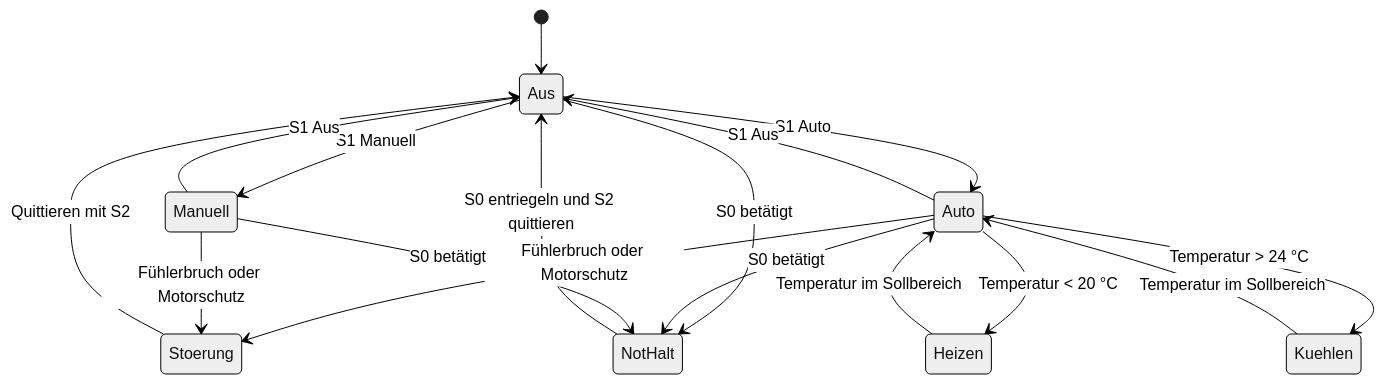
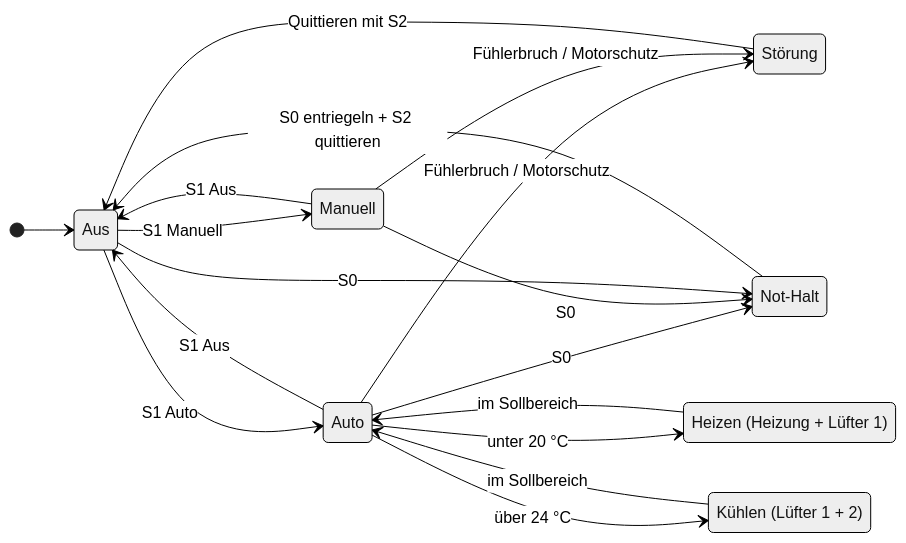
One commit to hugcolli/Projekt-2-SmartGrow-Gewaechshaus changed the diagram in README.md. Above: the diagram before and after it, drawn with Mermaid (neutral theme). The commit also changed other lines of this file, not shown here.

First line of the commit message:
README überarbeitet: Funktionsweise, Sicherheit, Komponenten und I/O-Liste

````diff
--- a/README.md
+++ b/README.md
@@ -21,19 +88,27 @@
 ```mermaid
 stateDiagram-v2
+    direction LR
     [*] --> Aus
     Aus --> Manuell: S1 Manuell
     Aus --> Auto: S1 Auto
     Manuell --> Aus: S1 Aus
     Auto --> Aus: S1 Aus
-    Auto --> Heizen: Temperatur < 20 °C
-    Auto --> Kuehlen: Temperatur > 24 °C
-    Heizen --> Auto: Temperatur im Sollbereich
-    Kuehlen --> Auto: Temperatur im Sollbereich
-    Auto --> Stoerung: Fühlerbruch oder Motorschutz
-    Manuell --> Stoerung: Fühlerbruch oder Motorschutz
-    Stoerung --> Aus: Quittieren mit S2
-    Aus --> NotHalt: S0 betätigt
-    Auto --> NotHalt: S0 betätigt
-    Manuell --> NotHalt: S0 betätigt
-    NotHalt --> Aus: S0 entriegeln und S2 quittieren
+
+    Auto --> Heizen: unter 20 °C
+    Heizen --> Auto: im Sollbereich
+    Auto --> Kühlen: über 24 °C
+    Kühlen --> Auto: im Sollbereich
+
+    Auto --> Störung: Fühlerbruch / Motorschutz
+    Manuell --> Störung: Fühlerbruch / Motorschutz
+    Störung --> Aus: Quittieren mit S2
+
+    Auto --> NotHalt: S0
+    Manuell --> NotHalt: S0
+    Aus --> NotHalt: S0
+    NotHalt --> Aus: S0 entriegeln + S2 quittieren
+
+    state "Heizen (Heizung + Lüfter 1)" as Heizen
+    state "Kühlen (Lüfter 1 + 2)" as Kühlen
+    state "Not-Halt" as NotHalt
 ```
````
